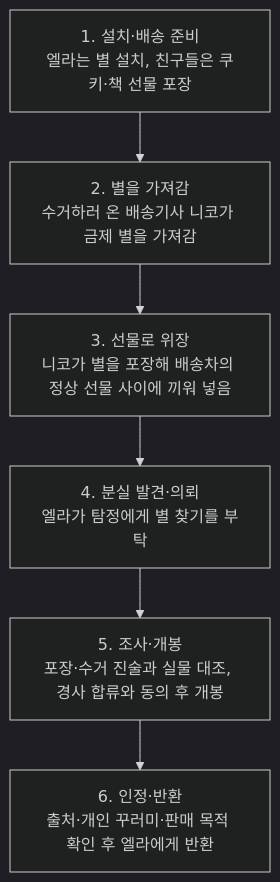
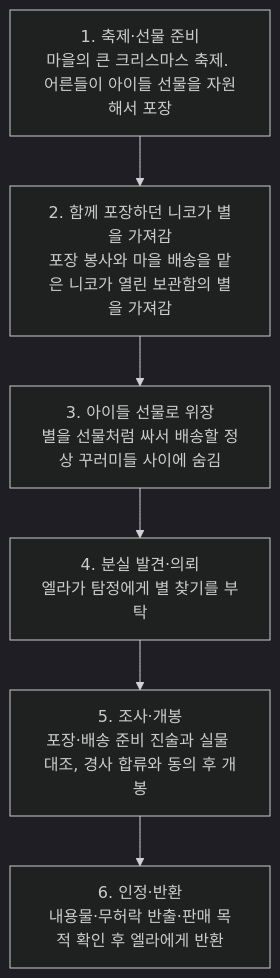
One commit to wonny95/detective-v2 changed the diagram in design/case-10-christmas-star.md. Above: the diagram before and after it, drawn with Mermaid (dark theme). The commit also changed other lines of this file and 5 other files, not shown here.

````diff
--- a/design/case-10-christmas-star.md
+++ b/design/case-10-christmas-star.md
@@ -15,14 +15,14 @@
 ```mermaid
 flowchart TD
-    N1["1. 설치·배송 준비<br/>엘라는 별 설치, 친구들은 쿠키·책 선물 포장"]
-    N2["2. 별을 가져감<br/>수거하러 온 배송기사 니코가 금제 별을 가져감"]
-    N3["3. 선물로 위장<br/>니코가 별을 포장해 배송차의 정상 선물 사이에 끼워 넣음"]
+    N1["1. 축제·선물 준비<br/>마을의 큰 크리스마스 축제. 어른들이 아이들 선물을 자원해서 포장"]
+    N2["2. 함께 포장하던 니코가 별을 가져감<br/>포장 봉사와 마을 배송을 맡은 니코가 열린 보관함의 별을 가져감"]
+    N3["3. 아이들 선물로 위장<br/>별을 선물처럼 싸서 배송할 정상 꾸러미들 사이에 숨김"]
     N4["4. 분실 발견·의뢰<br/>엘라가 탐정에게 별 찾기를 부탁"]
-    N5["5. 조사·개봉<br/>포장·수거 진술과 실물 대조, 경사 합류와 동의 후 개봉"]
-    N6["6. 인정·반환<br/>출처·개인 꾸러미·판매 목적 확인 후 엘라에게 반환"]
+    N5["5. 조사·개봉<br/>포장·배송 준비 진술과 실물 대조, 경사 합류와 동의 후 개봉"]
+    N6["6. 인정·반환<br/>내용물·무허락 반출·판매 목적 확인 후 엘라에게 반환"]
     N1 --> N2
     N2 --> N3
     N3 --> N4
     N4 --> N5
     N5 --> N6
 ```
````
